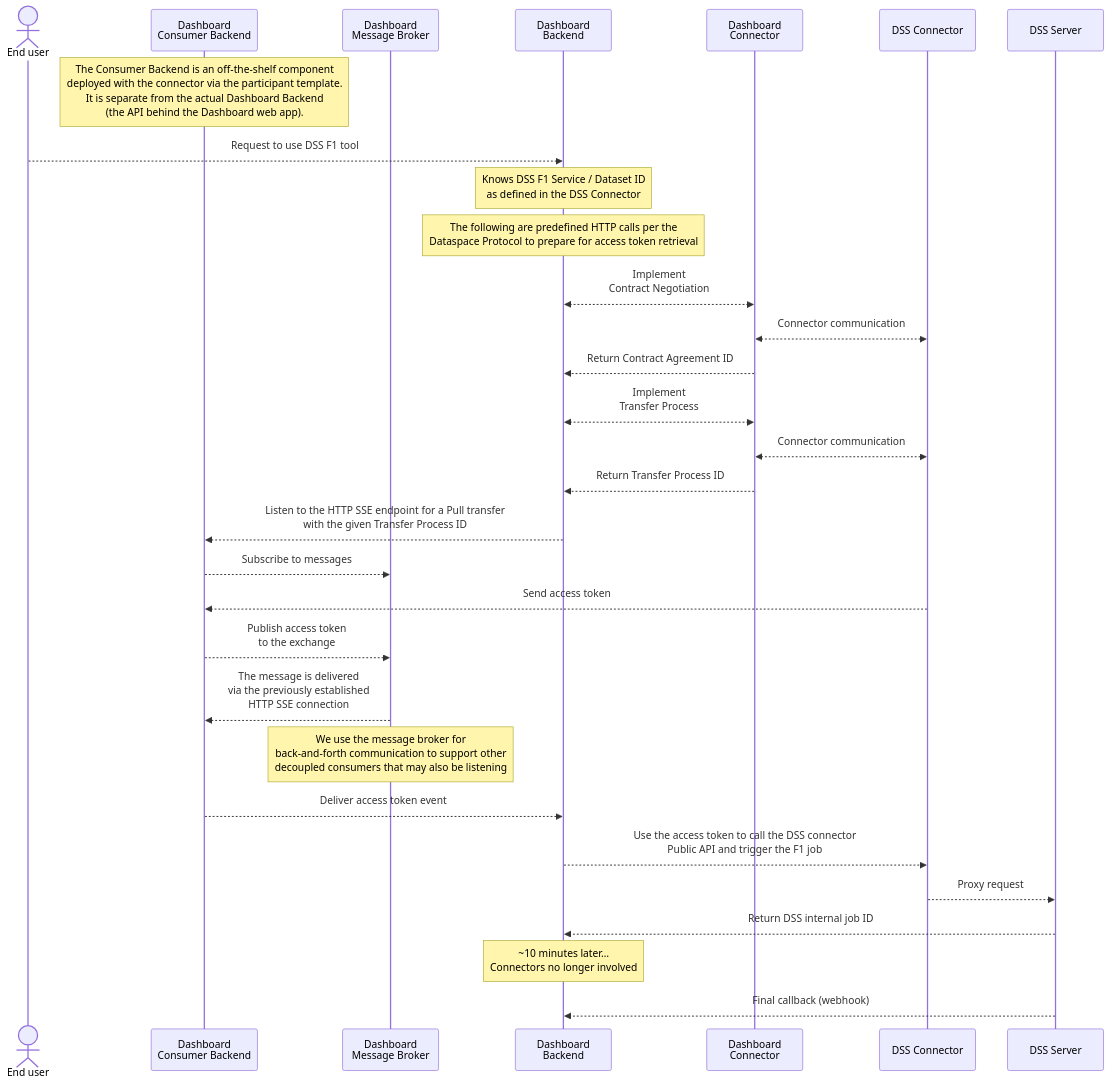
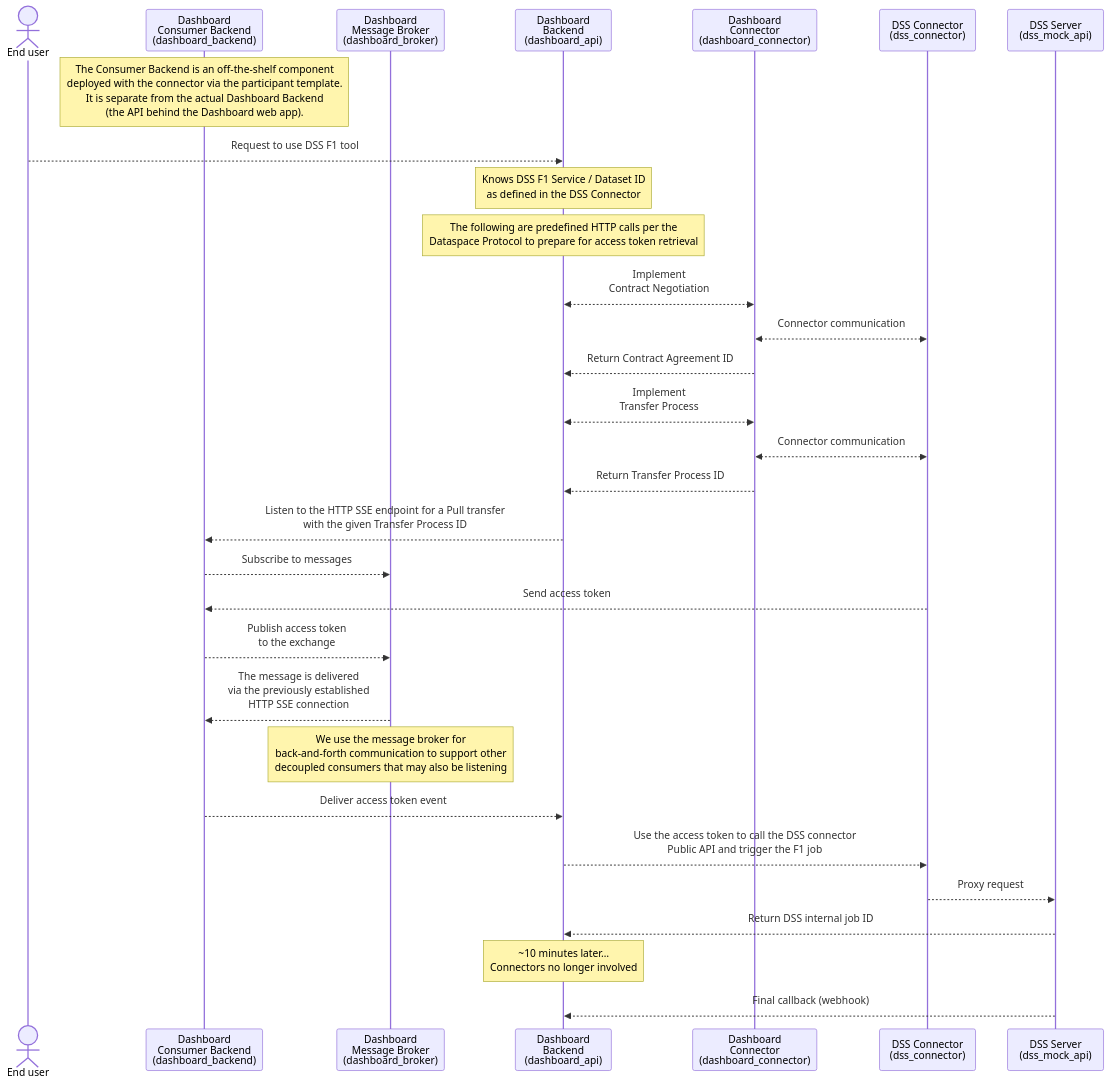
Before and after one commit to Data-Cellar/dss-sequence-example: the diagram in README.md, drawn with Mermaid. The commit also changed other lines of this file, not shown here.

````diff
--- a/README.md
+++ b/README.md
@@ -7,33 +28,33 @@
 ```mermaid
 sequenceDiagram
     actor USER as End user
-    participant CONSBACK as Dashboard<br/>Consumer Backend
-    participant BROKER as Dashboard<br/>Message Broker
-    participant BACK as Dashboard<br/>Backend
-    participant CONNBACK as Dashboard<br/>Connector
-    participant CONNDSS as DSS Connector
-    participant DSS as DSS Server
+    participant CONSBACK as Dashboard<br/>Consumer Backend<br/>(dashboard_backend)
+    participant BROKER as Dashboard<br/>Message Broker<br/>(dashboard_broker)
+    participant BACK as Dashboard<br/>Backend<br/>(dashboard_api)
+    participant CONNBACK as Dashboard<br/>Connector<br/>(dashboard_connector)
+    participant CONNDSS as DSS Connector<br/>(dss_connector)
+    participant DSS as DSS Server<br/>(dss_mock_api)
 
     note over CONSBACK: The Consumer Backend is an off-the-shelf component<br/>deployed with the connector via the participant template.<br/>It is separate from the actual Dashboard Backend<br/>(the API behind the Dashboard web app).
     USER-->>BACK: Request to use DSS F1 tool
     note over BACK: Knows DSS F1 Service / Dataset ID<br/>as defined in the DSS Connector
     note over BACK: The following are predefined HTTP calls per the<br/>Dataspace Protocol to prepare for access token retrieval
     BACK<<-->>CONNBACK: Implement<br/>Contract Negotiation
     CONNBACK<<-->>CONNDSS: Connector communication
     CONNBACK-->>BACK: Return Contract Agreement ID
     BACK<<-->>CONNBACK: Implement<br/>Transfer Process
     CONNBACK<<-->>CONNDSS: Connector communication
     CONNBACK-->>BACK: Return Transfer Process ID
     BACK-->>CONSBACK: Listen to the HTTP SSE endpoint for a Pull transfer<br/>with the given Transfer Process ID
     CONSBACK-->>BROKER: Subscribe to messages
     CONNDSS-->>CONSBACK: Send access token
     CONSBACK-->>BROKER: Publish access token<br/>to the exchange
     BROKER-->>CONSBACK: The message is delivered<br/>via the previously established<br/>HTTP SSE connection
     note over BROKER: We use the message broker for<br/>back-and-forth communication to support other<br/>decoupled consumers that may also be listening
     CONSBACK-->>BACK: Deliver access token event
     BACK-->>CONNDSS: Use the access token to call the DSS connector<br/>Public API and trigger the F1 job
     CONNDSS-->>DSS: Proxy request
     DSS-->>BACK: Return DSS internal job ID
     note over BACK: ~10 minutes later…<br/>Connectors no longer involved
     DSS-->>BACK: Final callback (webhook)
 ```
````
